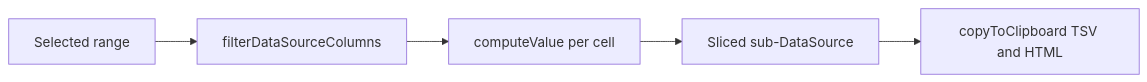
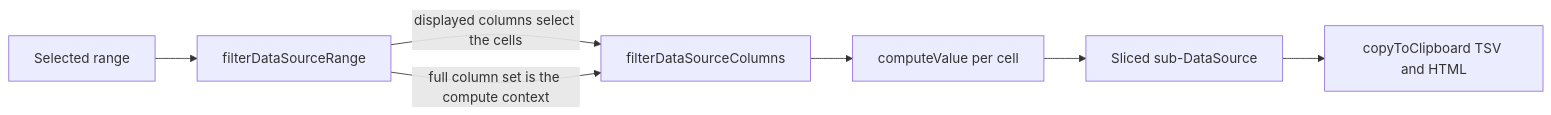
One commit to Esposter/Esposter changed the diagram in packages/app/content/docs/sheet-editor/copy-computed-values.md. Above: the diagram before and after it, drawn with Mermaid. The commit also changed other lines of this file and 122 other files, not shown here.

````diff
--- a/packages/app/content/docs/sheet-editor/copy-computed-values.md
+++ b/packages/app/content/docs/sheet-editor/copy-computed-values.md
@@ -18,7 +20,9 @@
 ```mermaid
 flowchart LR
-  R[Selected range] --> F[filterDataSourceColumns]
+  R[Selected range] --> D[filterDataSourceRange]
+  D -- "displayed columns select the cells" --> F[filterDataSourceColumns]
+  D -- "full column set is the compute context" --> F
   F --> C[computeValue per cell]
   C --> S[Sliced sub-DataSource]
   S --> CB[copyToClipboard TSV and HTML]
 ```
````
